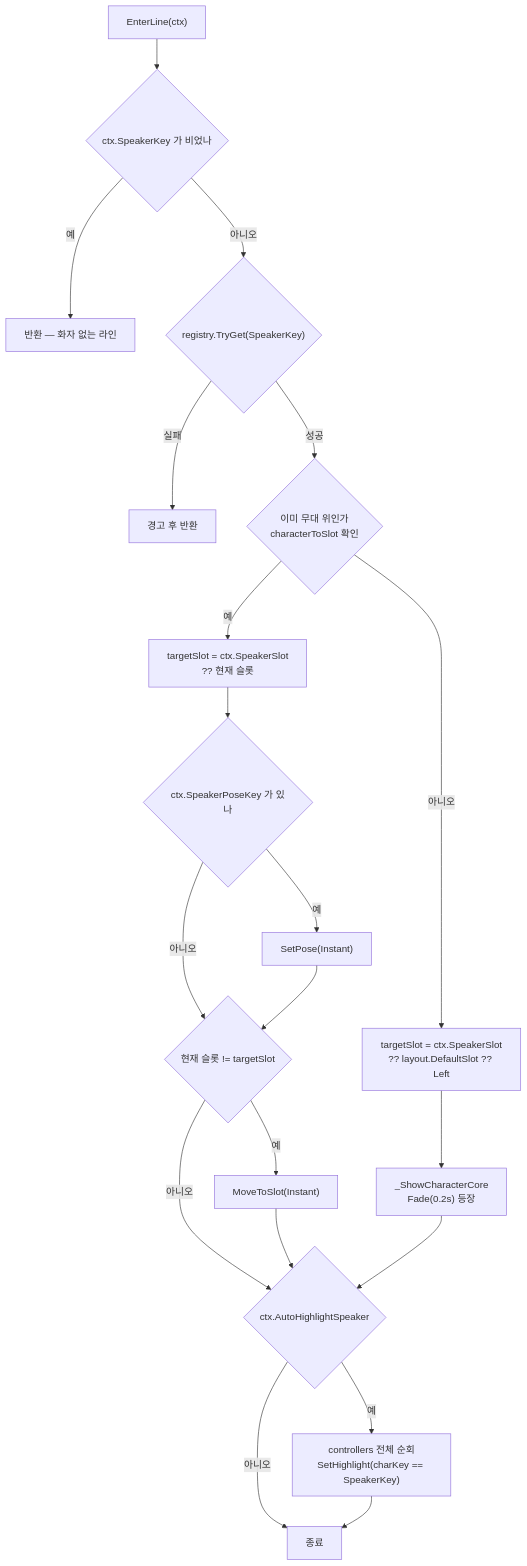
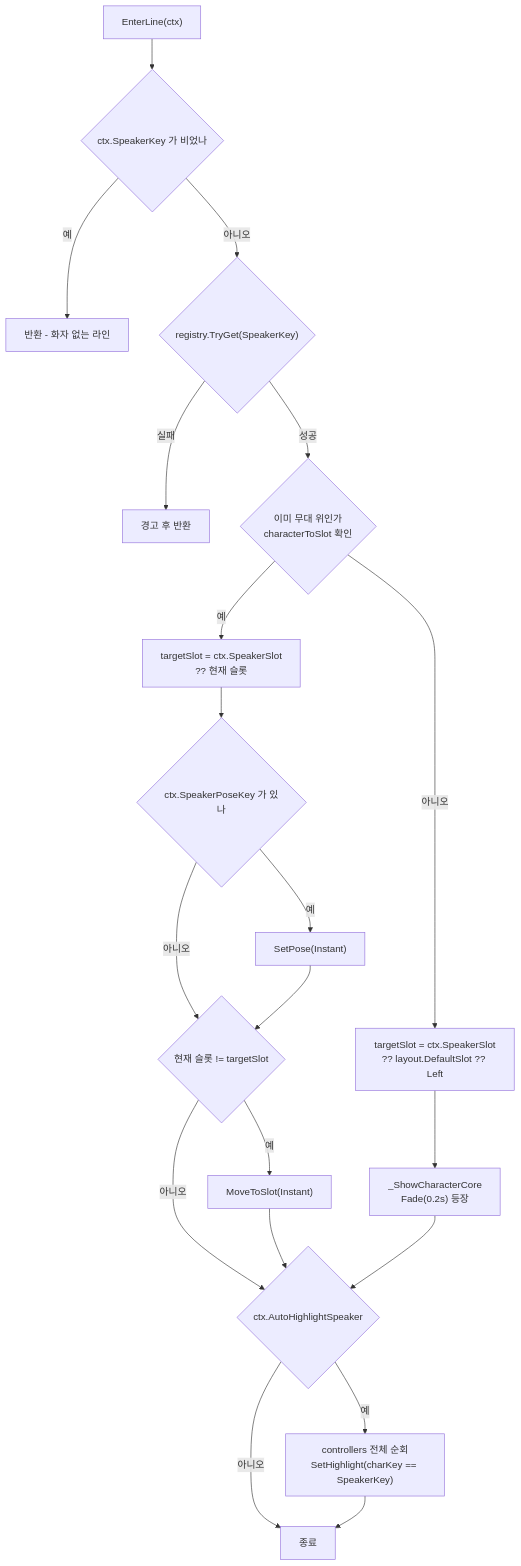
One commit to HoHong123/HCUP-Unity changed the third of 8 diagrams in HDialogue/docs/Portrait.md. Above: the diagram before and after it, drawn with Mermaid. The commit also changed other lines of this file, not shown here.

````diff
--- a/HDialogue/docs/Portrait.md
+++ b/HDialogue/docs/Portrait.md
@@ -197,25 +197,25 @@
 ```mermaid
 flowchart TD
     E["EnterLine(ctx)"] --> S{"ctx.SpeakerKey 가 비었나"}
-    S -->|예| X["반환 — 화자 없는 라인"]
+    S -->|예| X["반환 - 화자 없는 라인"]
     S -->|아니오| R{"registry.TryGet(SpeakerKey)"}
     R -->|"실패"| W["경고 후 반환"]
     R -->|"성공"| ON{"이미 무대 위인가<br/>characterToSlot 확인"}
 
     ON -->|"아니오"| T1["targetSlot = ctx.SpeakerSlot<br/>?? layout.DefaultSlot ?? Left"]
     T1 --> SH["_ShowCharacterCore<br/>Fade(0.2s) 등장"]
 
     ON -->|"예"| T2["targetSlot = ctx.SpeakerSlot<br/>?? 현재 슬롯"]
     T2 --> P{"ctx.SpeakerPoseKey 가 있나"}
     P -->|예| SP["SetPose(Instant)"]
     P -->|아니오| M
     SP --> M{"현재 슬롯 != targetSlot"}
     M -->|예| MV["MoveToSlot(Instant)"]
     M -->|아니오| HL
     MV --> HL
 
     SH --> HL{"ctx.AutoHighlightSpeaker"}
     HL -->|예| HI["controllers 전체 순회<br/>SetHighlight(charKey == SpeakerKey)"]
     HL -->|아니오| END["종료"]
     HI --> END
 ```
````
